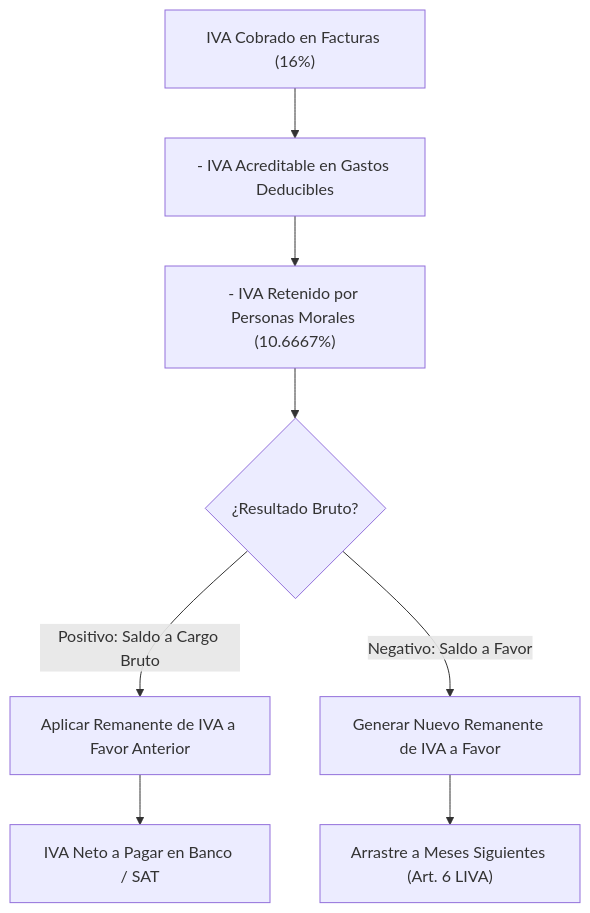
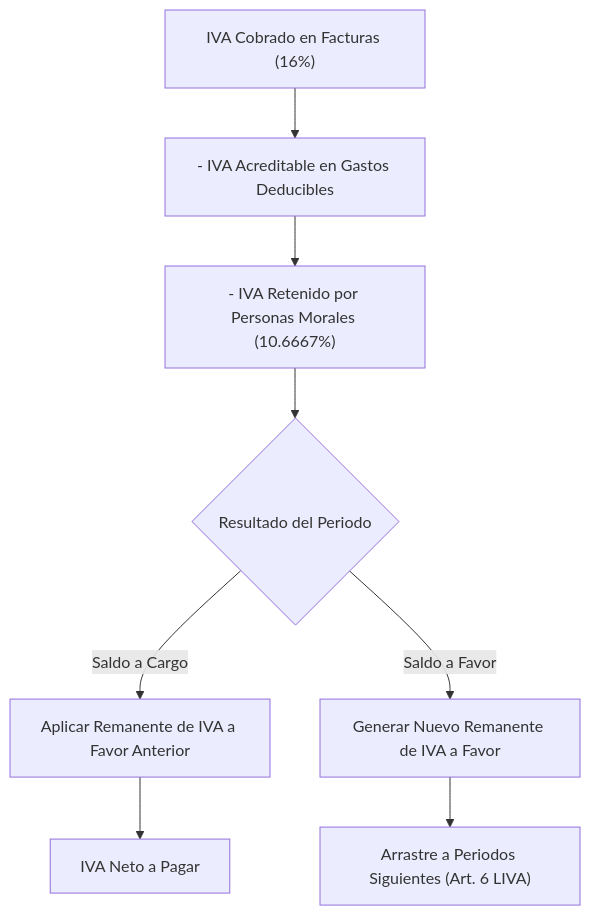
Before and after one commit to shellaquiles/tribuTACOS: the second of 2 diagrams in docs/03_motor_fiscal_algoritmos.md, drawn with Mermaid. The commit also changed other lines of this file and 10 other files, not shown here.

````diff
--- a/docs/03_motor_fiscal_algoritmos.md
+++ b/docs/03_motor_fiscal_algoritmos.md
@@ -68,12 +68,12 @@
 ```mermaid
 flowchart TD
     A["IVA Cobrado en Facturas (16%)"] --> B["- IVA Acreditable en Gastos Deducibles"]
     B --> C["- IVA Retenido por Personas Morales (10.6667%)"]
-    C --> D{"¿Resultado Bruto?"}
+    C --> D{"Resultado del Periodo"}
     
-    D -->|Positivo: Saldo a Cargo Bruto| E["Aplicar Remanente de IVA a Favor Anterior"]
-    E --> F["IVA Neto a Pagar en Banco / SAT"]
+    D -->|Saldo a Cargo| E["Aplicar Remanente de IVA a Favor Anterior"]
+    E --> F["IVA Neto a Pagar"]
     
-    D -->|Negativo: Saldo a Favor| G["Generar Nuevo Remanente de IVA a Favor"]
-    G --> H["Arrastre a Meses Siguientes (Art. 6 LIVA)"]
+    D -->|Saldo a Favor| G["Generar Nuevo Remanente de IVA a Favor"]
+    G --> H["Arrastre a Periodos Siguientes (Art. 6 LIVA)"]
 ```
````
